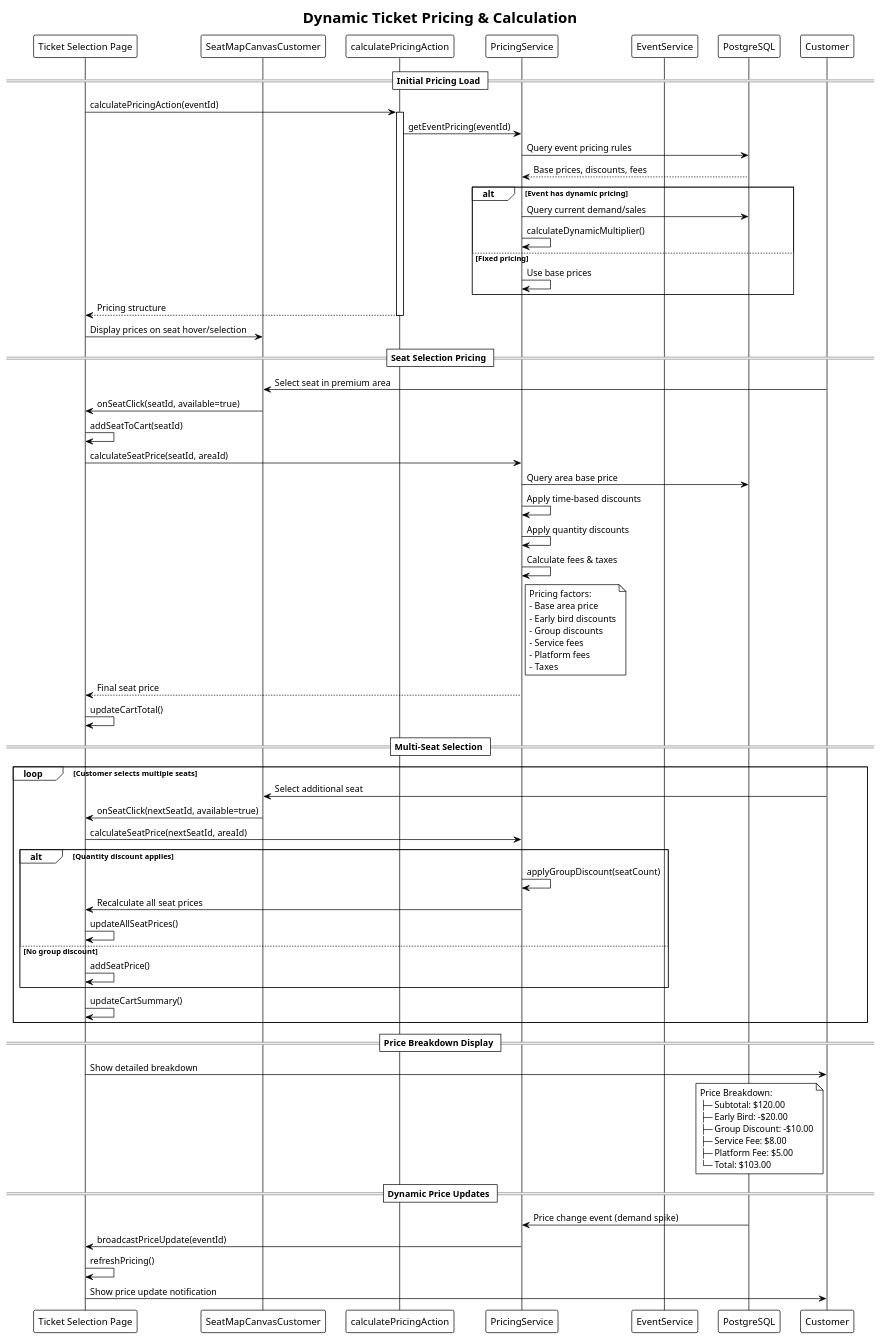
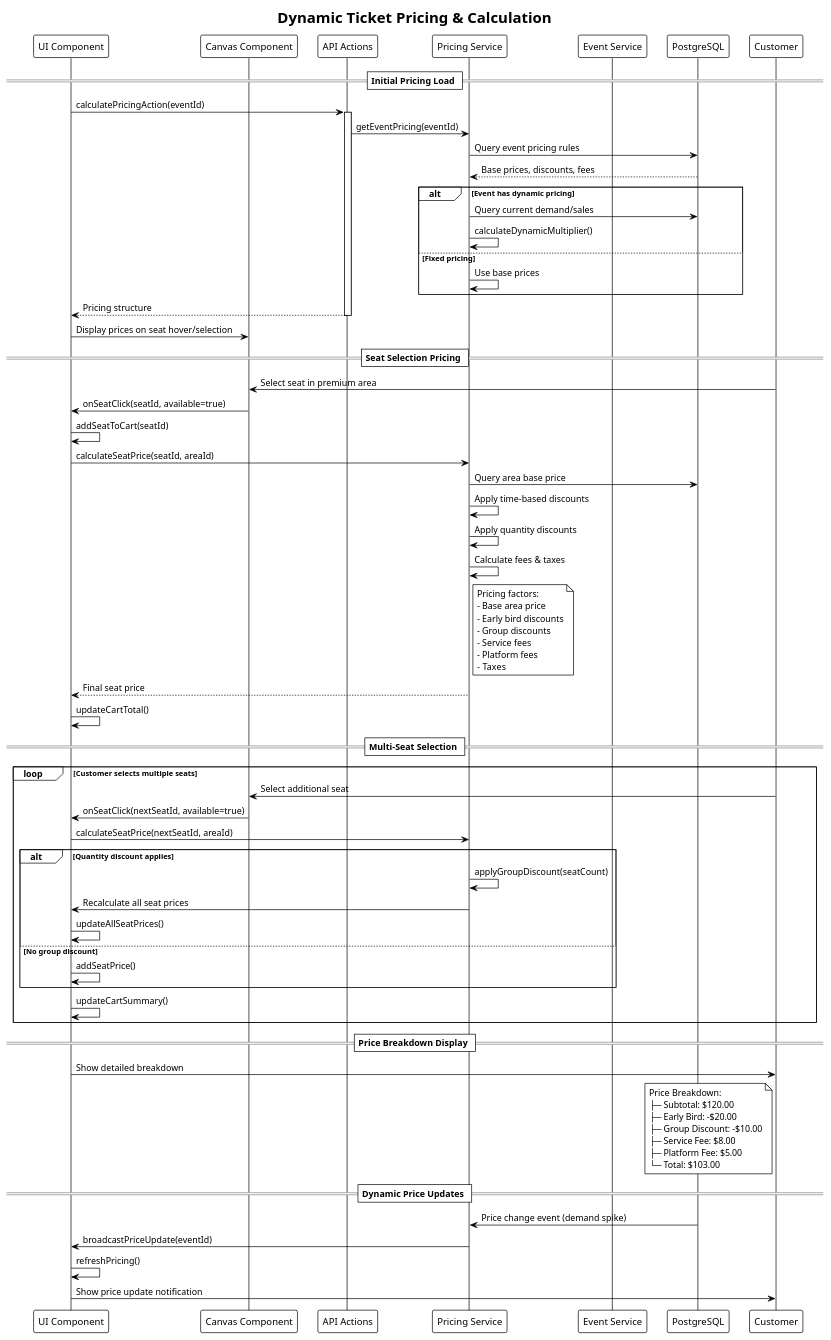
Before and after one commit to VieTicket/vieticket-monorepo: the fifth of 7 diagrams in puml/seat-map-customer.puml, drawn with PlantUML. The commit also changed other lines of this file and 4 other files, not shown here.

Commit message:
[OPS-28] seq diagram for seatmap

```diff
--- a/puml/seat-map-customer.puml
+++ b/puml/seat-map-customer.puml
@@ -352,91 +344,91 @@
 @startuml ticket-pricing-calculation
 !theme plain
 title Dynamic Ticket Pricing & Calculation
 
-participant "Ticket Selection Page" as TicketPage
-participant "SeatMapCanvasCustomer" as Canvas
-participant "calculatePricingAction" as CalcPricing
-participant "PricingService" as PricingService
-participant "EventService" as EventService
+participant "UI Component" as UI
+participant "Canvas Component" as Canvas
+participant "API Actions" as Actions
+participant "Pricing Service" as PricingService
+participant "Event Service" as EventService
 participant "PostgreSQL" as DB
 
 == Initial Pricing Load ==
-TicketPage -> CalcPricing: calculatePricingAction(eventId)
-activate CalcPricing
-CalcPricing -> PricingService: getEventPricing(eventId)
+UI -> Actions: calculatePricingAction(eventId)
+activate Actions
+Actions -> PricingService: getEventPricing(eventId)
 PricingService -> DB: Query event pricing rules
 DB --> PricingService: Base prices, discounts, fees
 
 alt Event has dynamic pricing
     PricingService -> DB: Query current demand/sales
     PricingService -> PricingService: calculateDynamicMultiplier()
 else Fixed pricing
     PricingService -> PricingService: Use base prices
 end
 
-CalcPricing --> TicketPage: Pricing structure
-deactivate CalcPricing
+Actions --> UI: Pricing structure
+deactivate Actions
 
-TicketPage -> Canvas: Display prices on seat hover/selection
+UI -> Canvas: Display prices on seat hover/selection
 
 == Seat Selection Pricing ==
 Customer -> Canvas: Select seat in premium area
-Canvas -> TicketPage: onSeatClick(seatId, available=true)
-TicketPage -> TicketPage: addSeatToCart(seatId)
+Canvas -> UI: onSeatClick(seatId, available=true)
+UI -> UI: addSeatToCart(seatId)
 
-TicketPage -> PricingService: calculateSeatPrice(seatId, areaId)
+UI -> PricingService: calculateSeatPrice(seatId, areaId)
 PricingService -> DB: Query area base price
 PricingService -> PricingService: Apply time-based discounts
 PricingService -> PricingService: Apply quantity discounts
 PricingService -> PricingService: Calculate fees & taxes
 
 Note right of PricingService
   Pricing factors:
   - Base area price
   - Early bird discounts
   - Group discounts
   - Service fees
   - Platform fees
   - Taxes
 end note
 
-PricingService --> TicketPage: Final seat price
-TicketPage -> TicketPage: updateCartTotal()
+PricingService --> UI: Final seat price
+UI -> UI: updateCartTotal()
 
 == Multi-Seat Selection ==
 loop Customer selects multiple seats
     Customer -> Canvas: Select additional seat
-    Canvas -> TicketPage: onSeatClick(nextSeatId, available=true)
-    TicketPage -> PricingService: calculateSeatPrice(nextSeatId, areaId)
+    Canvas -> UI: onSeatClick(nextSeatId, available=true)
+    UI -> PricingService: calculateSeatPrice(nextSeatId, areaId)
     
     alt Quantity discount applies
         PricingService -> PricingService: applyGroupDiscount(seatCount)
-        PricingService -> TicketPage: Recalculate all seat prices
-        TicketPage -> TicketPage: updateAllSeatPrices()
+        PricingService -> UI: Recalculate all seat prices
+        UI -> UI: updateAllSeatPrices()
     else No group discount
-        TicketPage -> TicketPage: addSeatPrice()
+        UI -> UI: addSeatPrice()
     end
     
-    TicketPage -> TicketPage: updateCartSummary()
+    UI -> UI: updateCartSummary()
 end
 
 == Price Breakdown Display ==
-TicketPage -> Customer: Show detailed breakdown
+UI -> Customer: Show detailed breakdown
 
 Note left of Customer
   Price Breakdown:
   ├─ Subtotal: $120.00
   ├─ Early Bird: -$20.00
   ├─ Group Discount: -$10.00
   ├─ Service Fee: $8.00
   ├─ Platform Fee: $5.00
   └─ Total: $103.00
 end note
 
 == Dynamic Price Updates ==
 DB -> PricingService: Price change event (demand spike)
-PricingService -> TicketPage: broadcastPriceUpdate(eventId)
-TicketPage -> TicketPage: refreshPricing()
-TicketPage -> Customer: Show price update notification
+PricingService -> UI: broadcastPriceUpdate(eventId)
+UI -> UI: refreshPricing()
+UI -> Customer: Show price update notification
 
 @enduml
```
